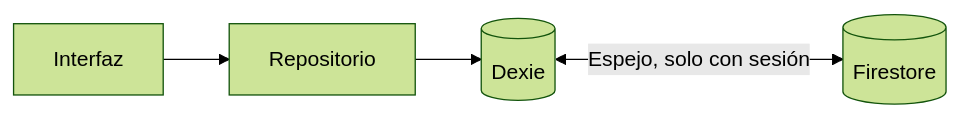
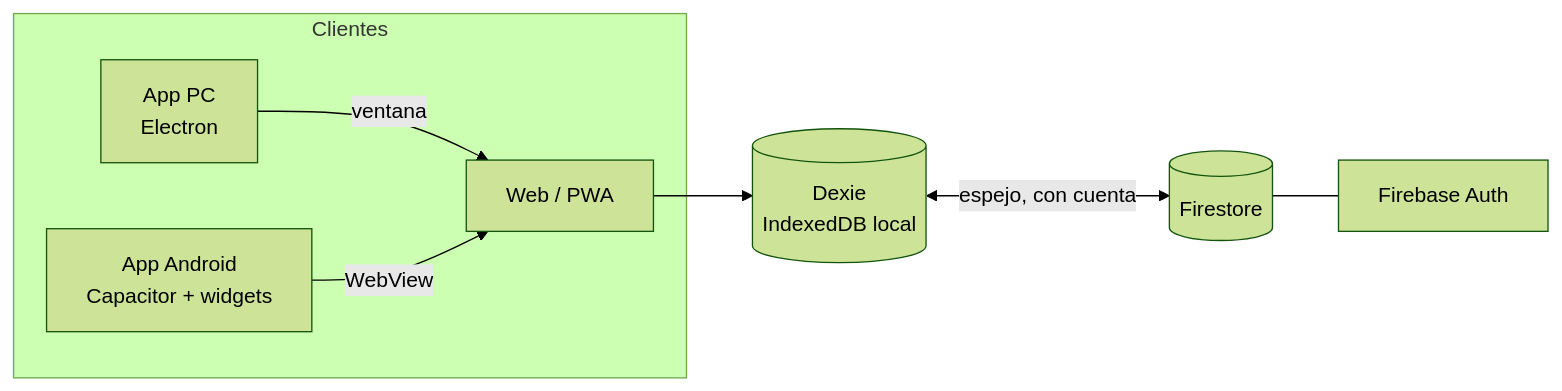
Before and after one commit to Franciscaii/Andamia_2: the diagram in README.md, drawn with Mermaid (forest theme). The commit also changed other lines of this file and 14 other files, not shown here.

First line of the commit message:
README: icono, apartado de video, funciones actuales de web, PC y Android, dónde está el instalador; quitar docs/investigacion

````diff
--- a/README.md
+++ b/README.md
@@ -198,6 +88,13 @@
 ```mermaid
 flowchart LR
-    UI[Interfaz] --> R[Repositorio]
-    R --> D[(Dexie)]
-    D <-->|Espejo, solo con sesión| F[(Firestore)]
+    subgraph Clientes
+        W[Web / PWA]
+        P[App PC<br/>Electron]
+        A[App Android<br/>Capacitor + widgets]
+    end
+    P -->|ventana| W
+    A -->|WebView| W
+    W --> D[(Dexie<br/>IndexedDB local)]
+    D <-->|espejo, con cuenta| F[(Firestore)]
+    F --- AU[Firebase Auth]
 ```
````
